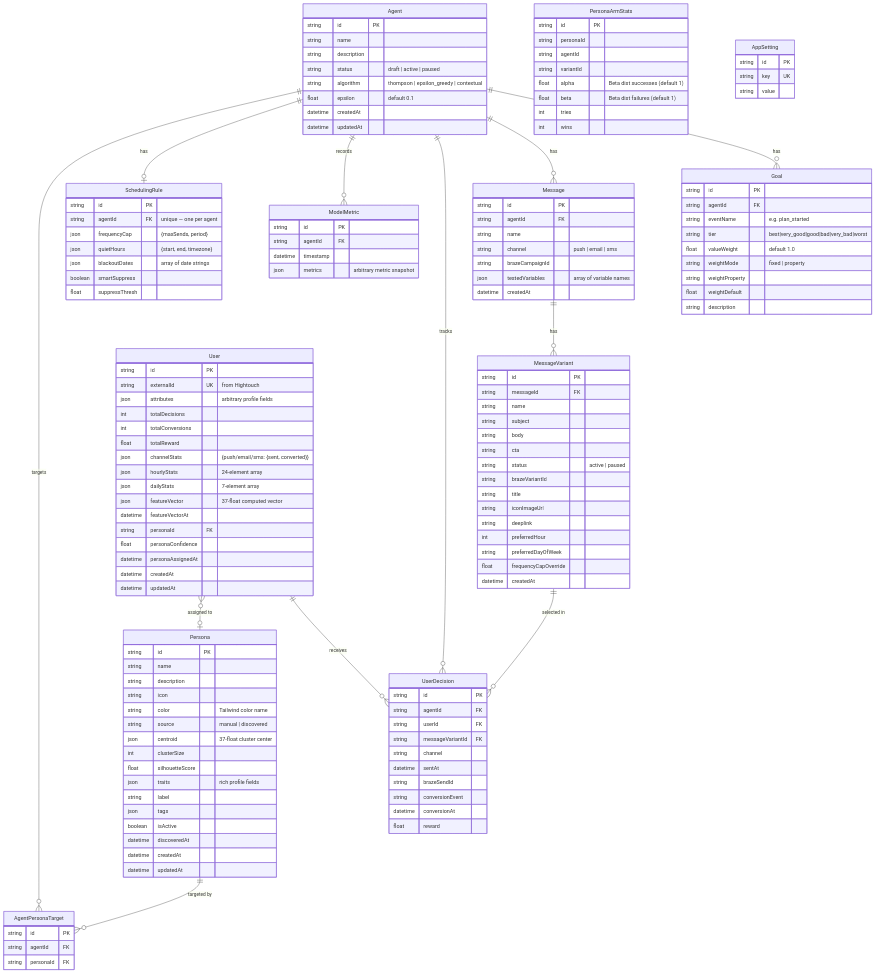
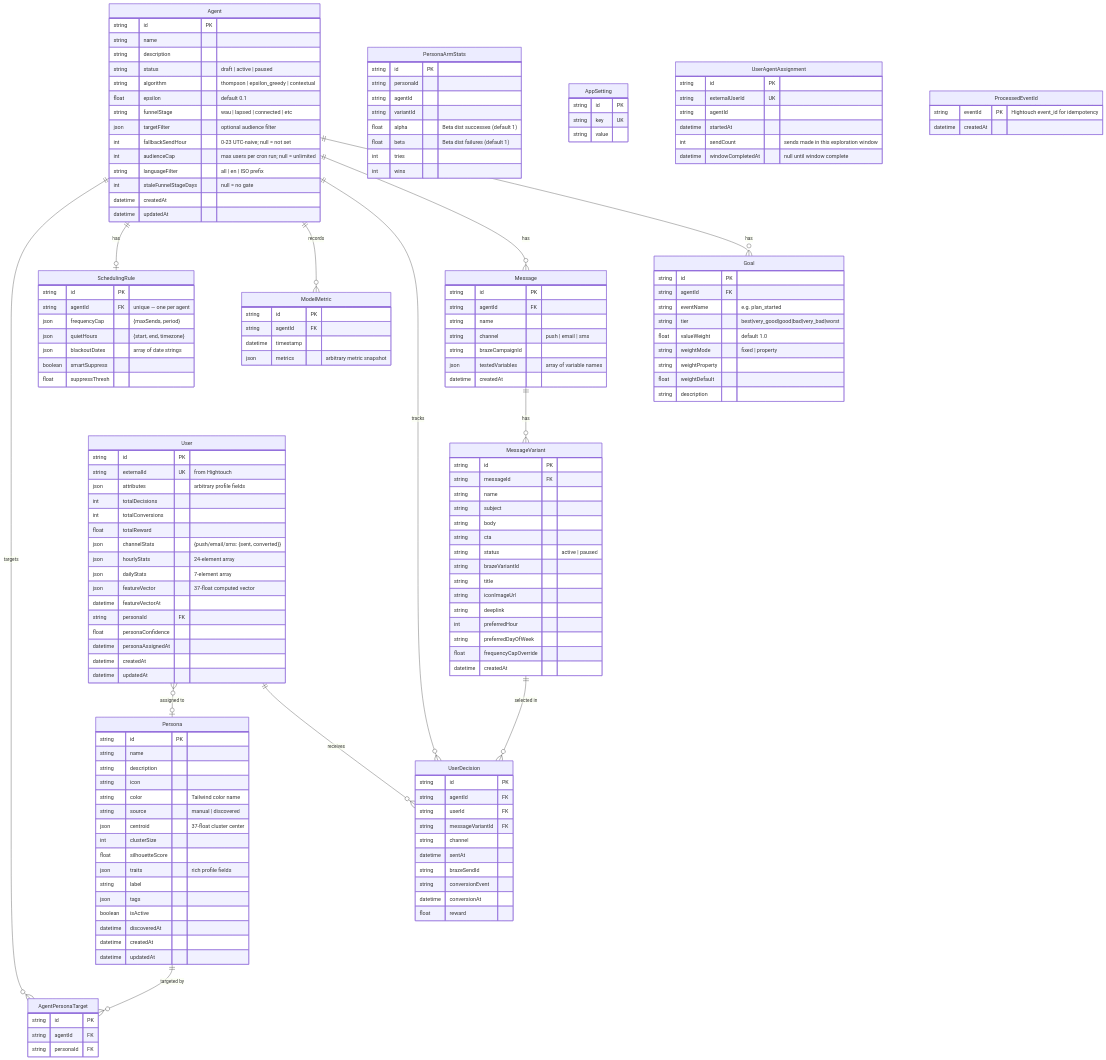
One commit to ender1311/nexusAi changed the diagram in docs/data-model.md. Above: the diagram before and after it, drawn with Mermaid. The commit also changed 5 other files, not shown here.

Commit message:
fix: guard divide-by-zero, add variant-not-found error, log processedEventId failures

```diff
--- a/docs/data-model.md
+++ b/docs/data-model.md
@@ -11,6 +11,12 @@
         string status "draft | active | paused"
         string algorithm "thompson | epsilon_greedy | contextual"
         float epsilon "default 0.1"
+        string funnelStage "wau | lapsed | connected | etc"
+        json targetFilter "optional audience filter"
+        int fallbackSendHour "0-23 UTC-naive; null = not set"
+        int audienceCap "max users per cron run; null = unlimited"
+        string languageFilter "all | en | ISO prefix"
+        int staleFunnelStageDays "null = no gate"
         datetime createdAt
         datetime updatedAt
     }
@@ -146,6 +152,20 @@
         string value
     }
 
+    UserAgentAssignment {
+        string id PK
+        string externalUserId UK
+        string agentId
+        datetime startedAt
+        int sendCount "sends made in this exploration window"
+        datetime windowCompletedAt "null until window complete"
+    }
+
+    ProcessedEventId {
+        string eventId PK "Hightouch event_id for idempotency"
+        datetime createdAt
+    }
+
     Agent ||--o{ Goal : "has"
     Agent ||--o{ Message : "has"
     Agent ||--o{ UserDecision : "tracks"
```
